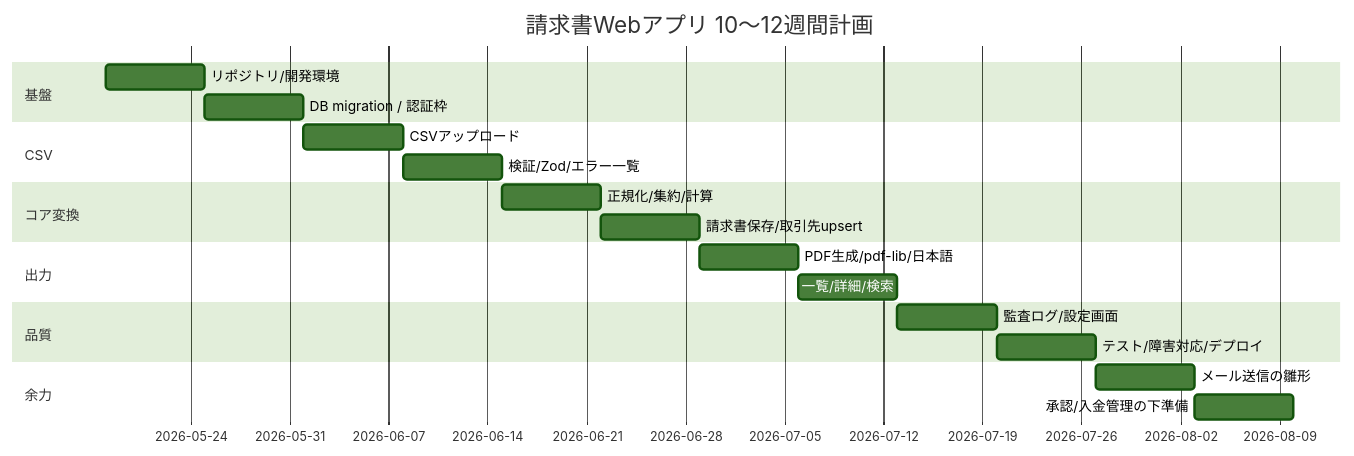
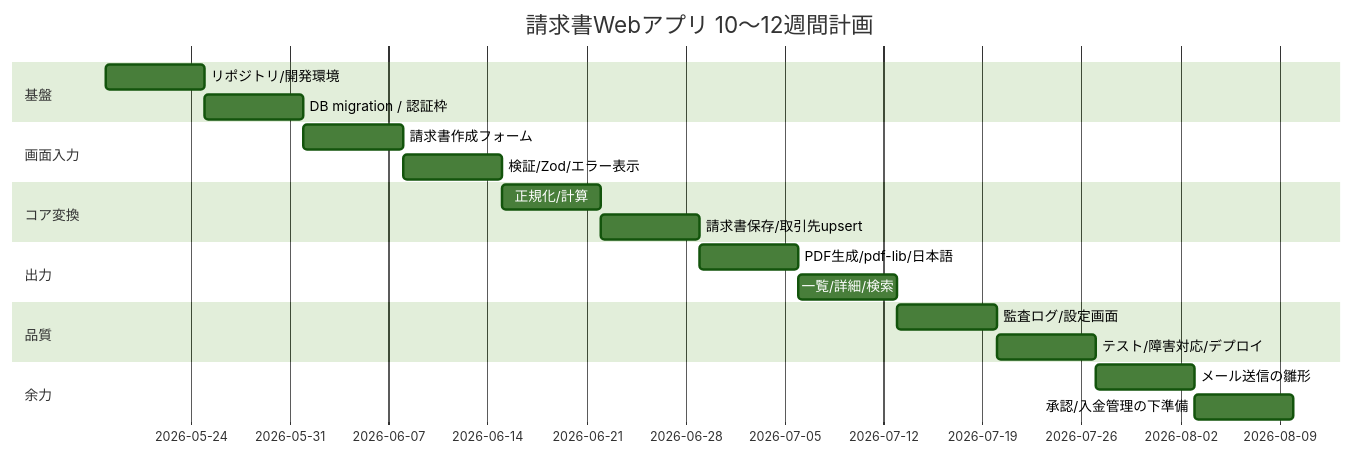
Before and after one commit to hiroto11111/dop-app: the third of 3 diagrams in AGENTS.md, drawn with Mermaid (forest theme). The commit also changed other lines of this file and 3 other files, not shown here.

````diff
--- a/AGENTS.md
+++ b/AGENTS.md
@@ -548,23 +431,23 @@
 ```mermaid
 gantt
     title 請求書Webアプリ 10〜12週間計画
     dateFormat  YYYY-MM-DD
     section 基盤
     リポジトリ/開発環境           :a1, 2026-05-18, 7d
     DB migration / 認証枠         :a2, after a1, 7d
-    section CSV
-    CSVアップロード               :b1, after a2, 7d
-    検証/Zod/エラー一覧           :b2, after b1, 7d
+    section 画面入力
+    請求書作成フォーム             :b1, after a2, 7d
+    検証/Zod/エラー表示            :b2, after b1, 7d
     section コア変換
-    正規化/集約/計算              :c1, after b2, 7d
-    請求書保存/取引先upsert       :c2, after c1, 7d
+    正規化/計算                    :c1, after b2, 7d
+    請求書保存/取引先upsert        :c2, after c1, 7d
     section 出力
-    PDF生成/pdf-lib/日本語         :d1, after c2, 7d
-    一覧/詳細/検索                 :d2, after d1, 7d
+    PDF生成/pdf-lib/日本語          :d1, after c2, 7d
+    一覧/詳細/検索                  :d2, after d1, 7d
     section 品質
-    監査ログ/設定画面             :e1, after d2, 7d
-    テスト/障害対応/デプロイ       :e2, after e1, 7d
+    監査ログ/設定画面              :e1, after d2, 7d
+    テスト/障害対応/デプロイ        :e2, after e1, 7d
     section 余力
-    メール送信の雛形               :f1, after e2, 7d
-    承認/入金管理の下準備          :f2, after f1, 7d
+    メール送信の雛形                :f1, after e2, 7d
+    承認/入金管理の下準備           :f2, after f1, 7d
 ```
````
